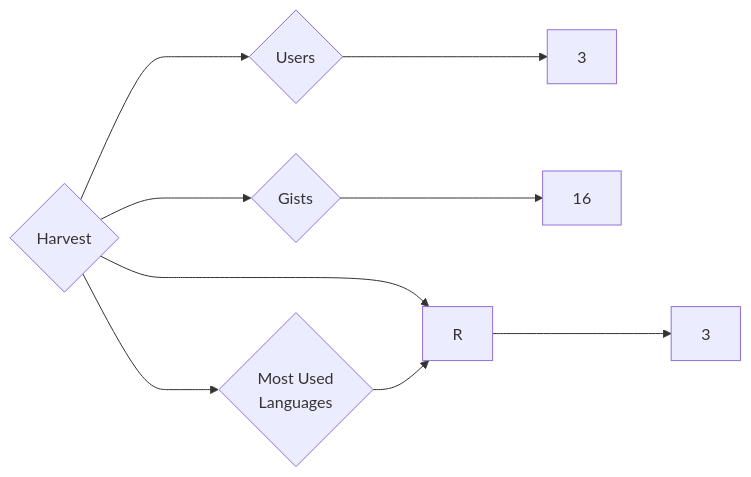
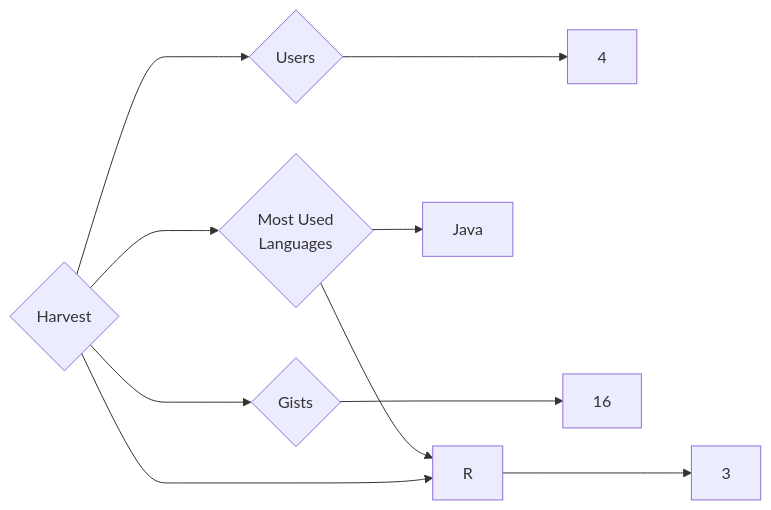
One commit to trickest/insiders changed the diagram in targets/Harvest/README.md. Above: the diagram before and after it, drawn with Mermaid. The commit also changed 776 other files, not shown here.

````diff
--- a/targets/Harvest/README.md
+++ b/targets/Harvest/README.md
@@ -3,9 +3,10 @@
 ```mermaid
 graph LR
 COMPANY_NAME{Harvest}
-COMPANY_NAME ---> U{Users} ---> UN[3]
+COMPANY_NAME ---> U{Users} ---> UN[4]
 COMPANY_NAME ---> R{Repositories} ---> RN[3]
 COMPANY_NAME ---> G{Gists} ---> GN[16]
 COMPANY_NAME ---> ML{Most Used<br>Languages}
+ML --> Java[Java]
 ML --> R[R]
 ```
````
